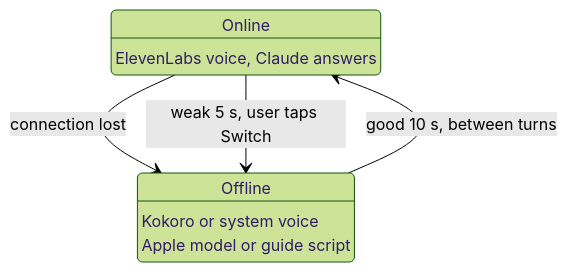
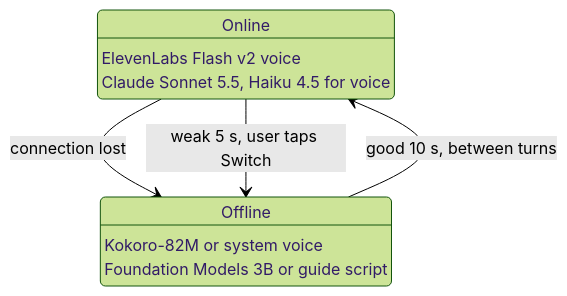
The third of 3 diagrams in README.md (Xget7/splat-field-guide), drawn with Mermaid (forest theme) before and after one commit. The commit also changed other lines of this file and 1 other file, not shown here.

Commit message:
Name the exact models and move the splat pipeline into its package README

````diff
--- a/README.md
+++ b/README.md
@@ -67,12 +63,13 @@
 ```mermaid
 stateDiagram-v2
   direction TB
   Online: Online
-  Online: ElevenLabs voice, Claude answers
+  Online: ElevenLabs Flash v2 voice
+  Online: Claude Sonnet 5.5, Haiku 4.5 for voice
   Offline: Offline
-  Offline: Kokoro or system voice
-  Offline: Apple model or guide script
+  Offline: Kokoro-82M or system voice
+  Offline: Foundation Models 3B or guide script
   Online --> Offline: connection lost
   Online --> Offline: weak 5 s, user taps Switch
   Offline --> Online: good 10 s, between turns
 ```
````
